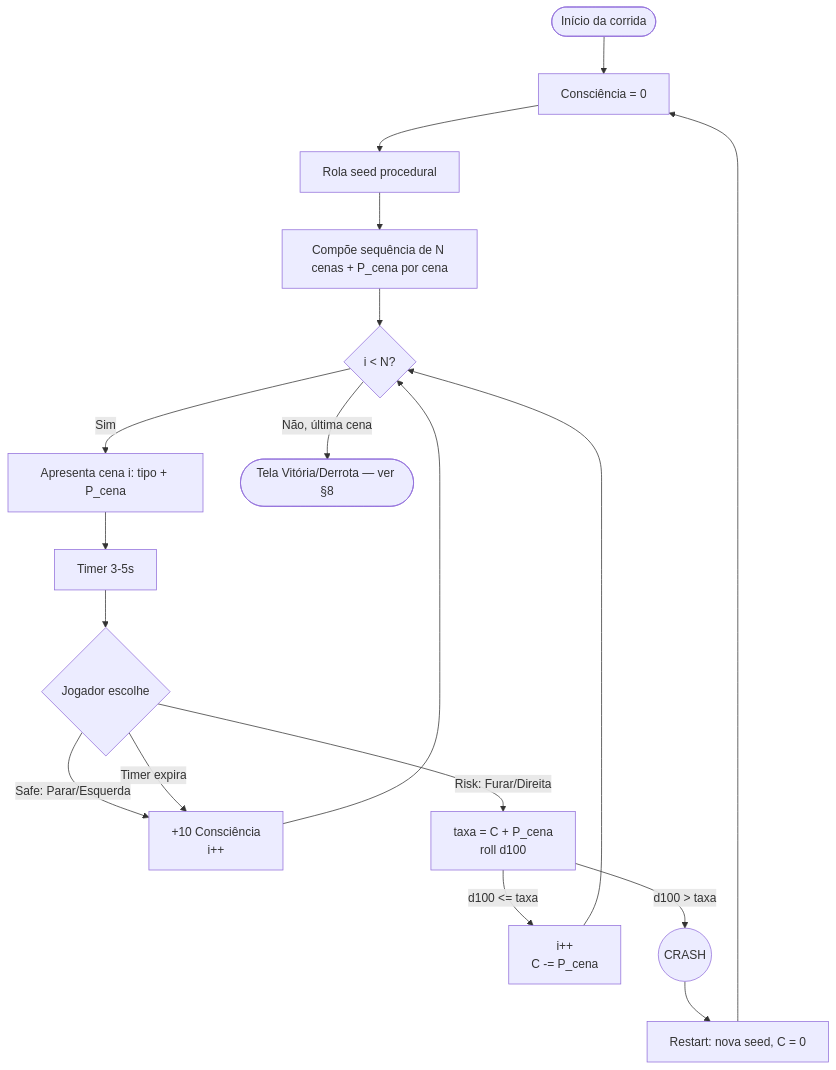
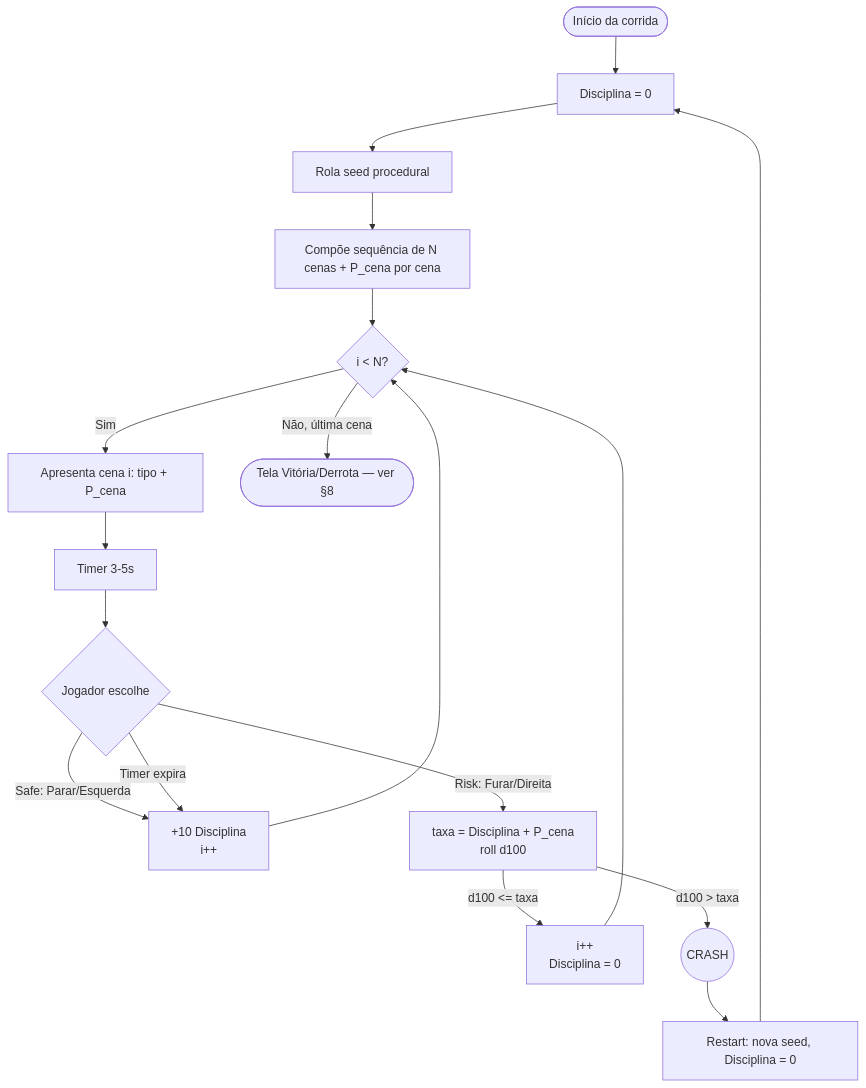
Before and after one commit to edneyreis999/Jonny: the diagram in docs/02-Core-Loop/Corrida - Core Loop.md, drawn with Mermaid. The commit also changed other lines of this file and 2 other files, not shown here.

````diff
--- a/docs/02-Core-Loop/Corrida - Core Loop.md
+++ b/docs/02-Core-Loop/Corrida - Core Loop.md
@@ -84,20 +87,20 @@
 ```mermaid
 flowchart TD
-    Start([Início da corrida]) --> InitC[Consciência = 0]
-    InitC --> Seed[Rola seed procedural]
+    Start([Início da corrida]) --> InitD[Disciplina = 0]
+    InitD --> Seed[Rola seed procedural]
     Seed --> Compose[Compõe sequência de N cenas + P_cena por cena]
     Compose --> Next{i < N?}
     Next -->|Sim| Scene[Apresenta cena i: tipo + P_cena]
     Scene --> Timer[Timer 3-5s]
     Timer --> Input{Jogador escolhe}
-    Input -->|Safe: Parar/Esquerda| SafePlus["+10 Consciência<br/>i++"]
+    Input -->|Safe: Parar/Esquerda| SafePlus["+10 Disciplina<br/>i++"]
     SafePlus --> Next
-    Input -->|Risk: Furar/Direita| Roll["taxa = C + P_cena<br/>roll d100"]
-    Roll -->|d100 <= taxa| RiskOk["i++<br/>C -= P_cena"]
+    Input -->|Risk: Furar/Direita| Roll["taxa = Disciplina + P_cena<br/>roll d100"]
+    Roll -->|d100 <= taxa| RiskOk["i++<br/>Disciplina = 0"]
     RiskOk --> Next
     Roll -->|d100 > taxa| Crash((CRASH))
-    Input -->|Timer expira| SafePlus["+10 Consciência<br/>i++"]
+    Input -->|Timer expira| SafePlus["+10 Disciplina<br/>i++"]
     Next -->|Não, última cena| End([Tela Vitória/Derrota — ver §8])
-    Crash --> Restart[Restart: nova seed, C = 0]
-    Restart --> InitC
+    Crash --> Restart[Restart: nova seed, Disciplina = 0]
+    Restart --> InitD
 ```
````
